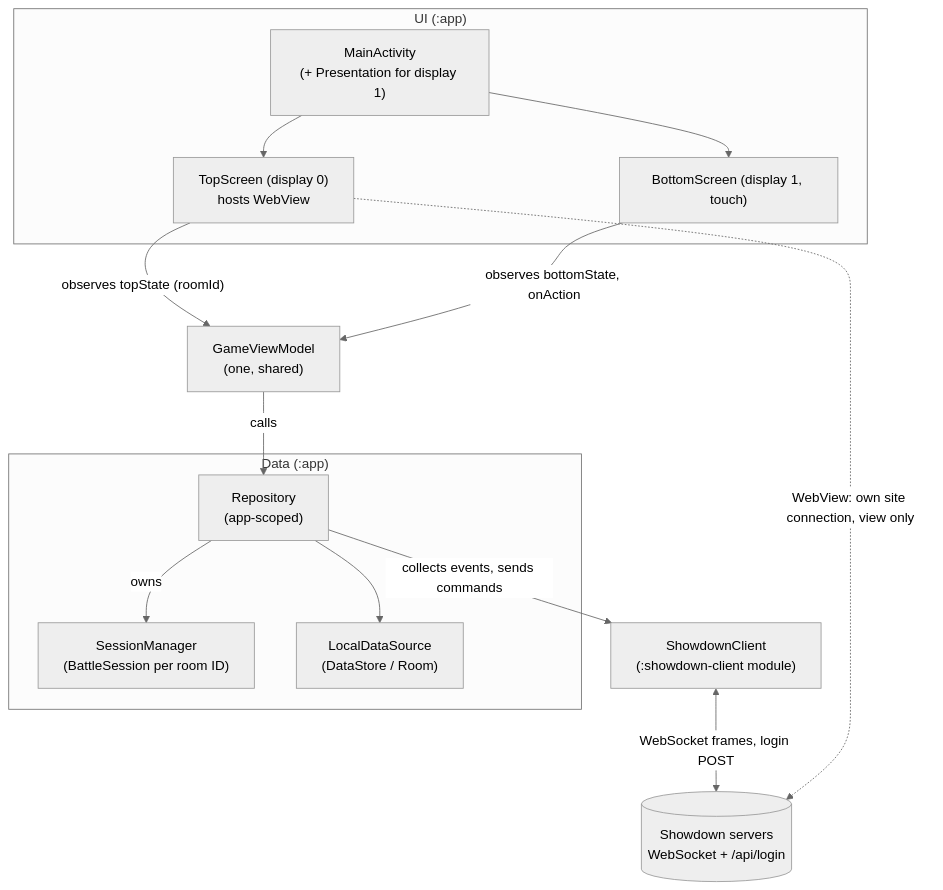
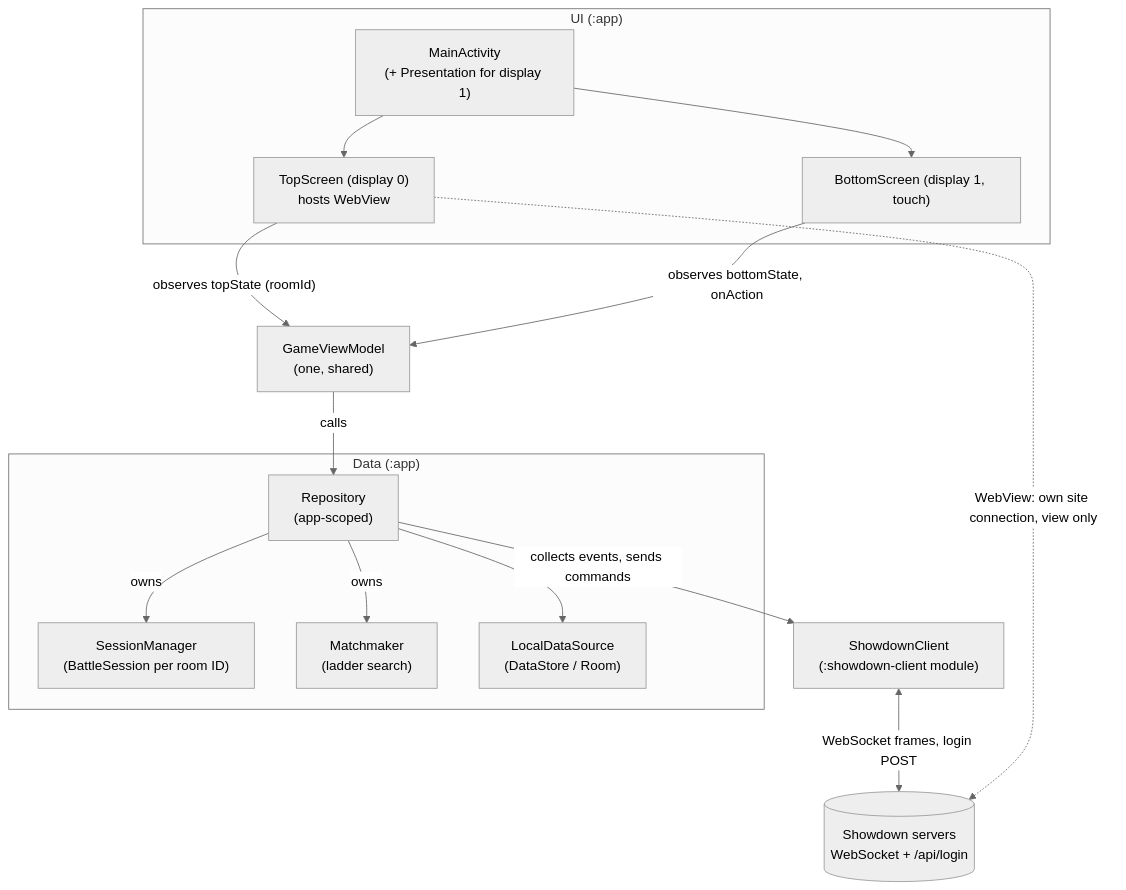
The first of 2 diagrams in context/design/architecture.md (jaydenfont/ThorShowdown), drawn with Mermaid (neutral theme) before and after one commit. The commit also changed other lines of this file and 15 other files, not shown here.

First line of the commit message:
Add ladder search and the start of a battle (#10)

````diff
--- a/context/design/architecture.md
+++ b/context/design/architecture.md
@@ -24,30 +25,32 @@
 ```mermaid
 flowchart TB
     subgraph ui ["UI (:app)"]
         MA["MainActivity<br/>(+ Presentation for display 1)"]
         Top["TopScreen (display 0)<br/>hosts WebView"]
         Bottom["BottomScreen (display 1, touch)"]
     end
 
     VM["GameViewModel<br/>(one, shared)"]
 
     subgraph data ["Data (:app)"]
         Repo["Repository<br/>(app-scoped)"]
         SM["SessionManager<br/>(BattleSession per room ID)"]
+        MM["Matchmaker<br/>(ladder search)"]
         Local["LocalDataSource<br/>(DataStore / Room)"]
     end
 
     Client["ShowdownClient<br/>(:showdown-client module)"]
     Server[("Showdown servers<br/>WebSocket + /api/login")]
 
     MA --> Top
     MA --> Bottom
     Top -- "observes topState (roomId)" --> VM
     Bottom -- "observes bottomState, onAction" --> VM
     VM -- "calls" --> Repo
     Repo -- owns --> SM
+    Repo -- owns --> MM
     Repo --> Local
     Repo -- "collects events, sends commands" --> Client
     Client <-- "WebSocket frames, login POST" --> Server
     Top -. "WebView: own site connection, view only" .-> Server
 ```
````
